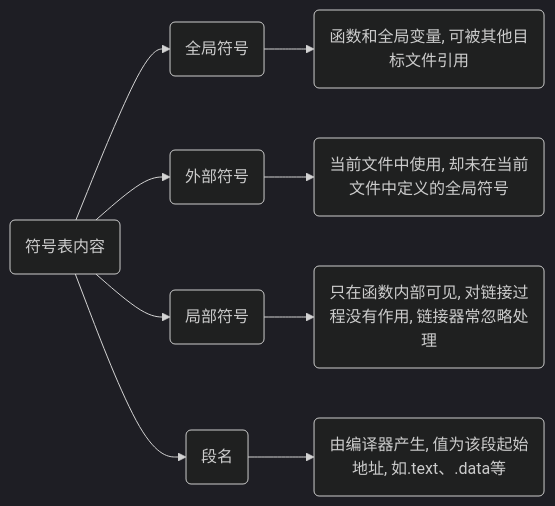
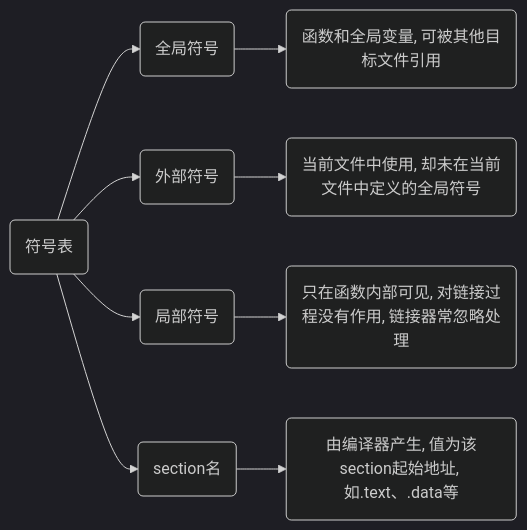
The fourth of 8 diagrams in _posts/language/c_c++/compile/2021-06-15-编译过程.md (dmjcb/dmjcb.github.io), drawn with Mermaid (dark theme) before and after one commit. The commit also changed other lines of this file and 19 other files, not shown here.

````diff
--- a/_posts/language/c_c++/compile/2021-06-15-编译过程.md
+++ b/_posts/language/c_c++/compile/2021-06-15-编译过程.md
@@ -356,8 +207,8 @@
 ```mermaid
 graph LR;
-    A(符号表内容)
-    A --> B(全局符号) --> B1(函数和全局变量, 可被其他目标文件引用)
-    A --> C(外部符号) --> C1(当前文件中使用, 却未在当前文件中定义的全局符号)
-    A --> D(局部符号) --> D1(只在函数内部可见, 对链接过程没有作用, 链接器常忽略处理)
-    A --> E(段名) --> E1(由编译器产生, 值为该段起始地址, 如.text、.data等)
+A(符号表)
+A --> B(全局符号) --> B1(函数和全局变量, 可被其他目标文件引用)
+A --> C(外部符号) --> C1(当前文件中使用, 却未在当前文件中定义的全局符号)
+A --> D(局部符号) --> D1(只在函数内部可见, 对链接过程没有作用, 链接器常忽略处理)
+A --> E(section名) --> E1(由编译器产生, 值为该section起始地址, 如.text、.data等)
 ```
````
